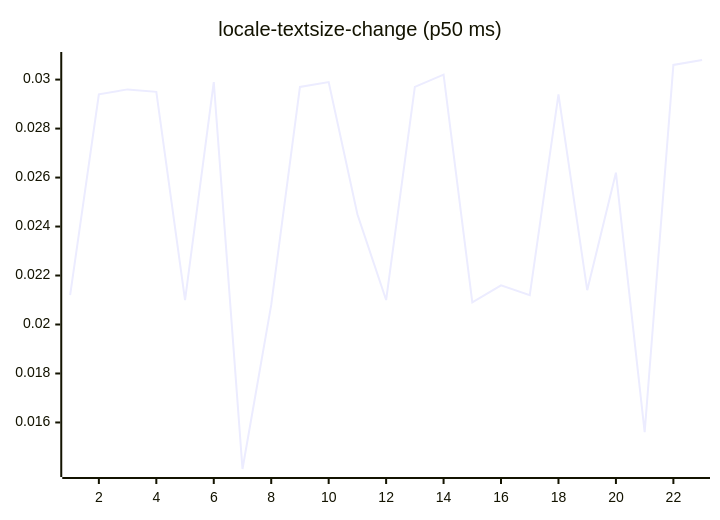
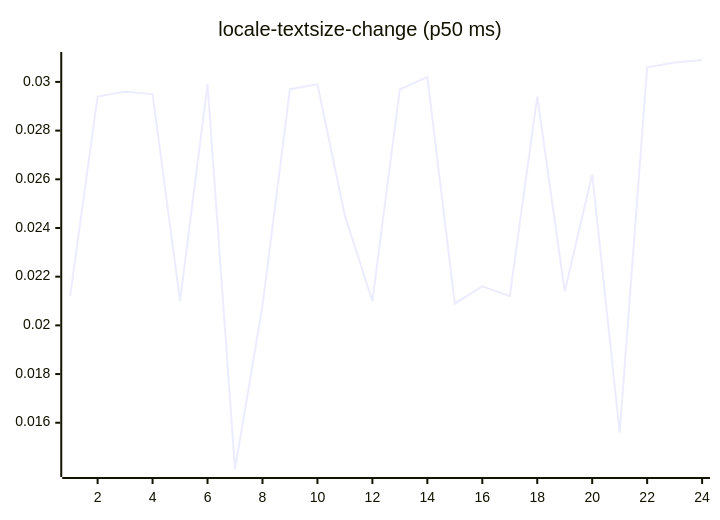
Diagram 13 of 27 in README.md (josha/Facet), drawn with Mermaid before and after one commit. The commit also changed other lines of this file and 2 other files, not shown here.

````diff
--- a/README.md
+++ b/README.md
@@ -147,6 +147,6 @@
 ```mermaid
 xychart-beta
     title "locale-textsize-change (p50 ms)"
-    x-axis 1 --> 23
-    line [0.0212, 0.0294, 0.0296, 0.0295, 0.0210, 0.0299, 0.0141, 0.0208, 0.0297, 0.0299, 0.0245, 0.0210, 0.0297, 0.0302, 0.0209, 0.0216, 0.0212, 0.0294, 0.0214, 0.0262, 0.0156, 0.0306, 0.0308]
+    x-axis 1 --> 24
+    line [0.0212, 0.0294, 0.0296, 0.0295, 0.0210, 0.0299, 0.0141, 0.0208, 0.0297, 0.0299, 0.0245, 0.0210, 0.0297, 0.0302, 0.0209, 0.0216, 0.0212, 0.0294, 0.0214, 0.0262, 0.0156, 0.0306, 0.0308, 0.0309]
 ```
````
